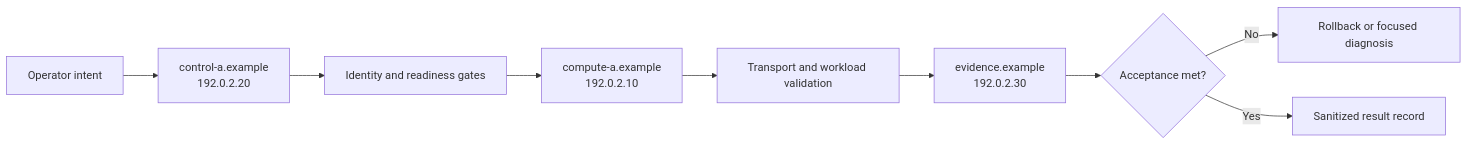
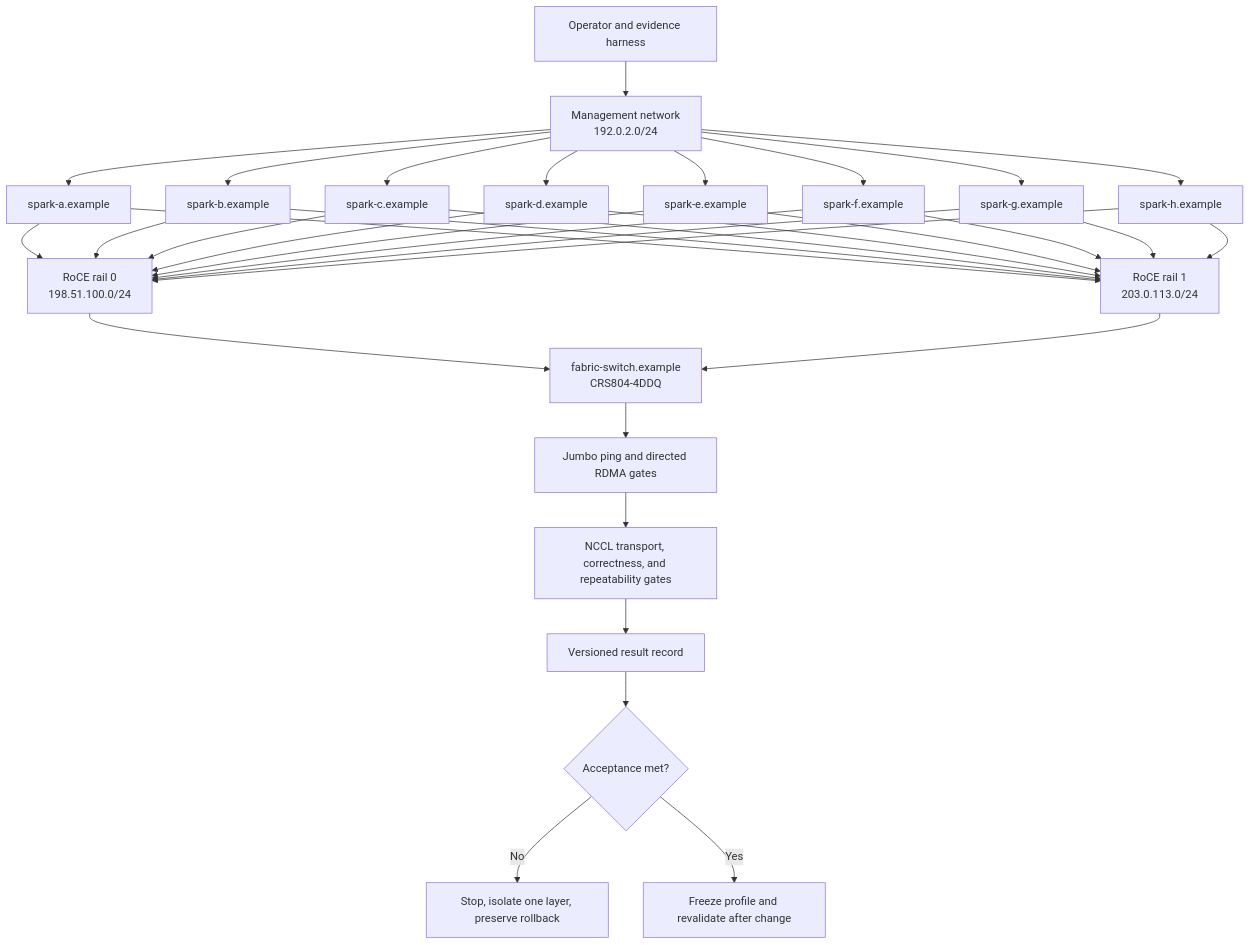
Before and after one commit to GumbiiDigital/dgx-cluster-public: the diagram in docs/ARCHITECTURE.md, drawn with Mermaid. The commit also changed 20 other files, not shown here.

````diff
--- a/docs/ARCHITECTURE.md
+++ b/docs/ARCHITECTURE.md
@@ -1,11 +1,22 @@
 ```mermaid
-flowchart LR
-  O["Operator intent"] --> C["control-a.example<br/>192.0.2.20"]
-  C --> I["Identity and readiness gates"]
-  I --> N["compute-a.example<br/>192.0.2.10"]
-  N --> V["Transport and workload validation"]
-  V --> E["evidence.example<br/>192.0.2.30"]
-  E --> A{"Acceptance met?"}
-  A -->|No| R["Rollback or focused diagnosis"]
-  A -->|Yes| D["Sanitized result record"]
+flowchart TB
+  O["Operator and evidence harness"] --> M["Management network<br/>192.0.2.0/24"]
+  M --> A["spark-a.example"]
+  M --> B["spark-b.example"]
+  M --> C["spark-c.example"]
+  M --> D["spark-d.example"]
+  M --> E["spark-e.example"]
+  M --> F["spark-f.example"]
+  M --> G["spark-g.example"]
+  M --> H["spark-h.example"]
+  A & B & C & D & E & F & G & H --> R0["RoCE rail 0<br/>198.51.100.0/24"]
+  A & B & C & D & E & F & G & H --> R1["RoCE rail 1<br/>203.0.113.0/24"]
+  R0 --> S["fabric-switch.example<br/>CRS804-4DDQ"]
+  R1 --> S
+  S --> V["Jumbo ping and directed RDMA gates"]
+  V --> N["NCCL transport, correctness, and repeatability gates"]
+  N --> EVIDENCE["Versioned result record"]
+  EVIDENCE --> DECISION{"Acceptance met?"}
+  DECISION -->|"No"| STOP["Stop, isolate one layer, preserve rollback"]
+  DECISION -->|"Yes"| FREEZE["Freeze profile and revalidate after change"]
 ```
````
